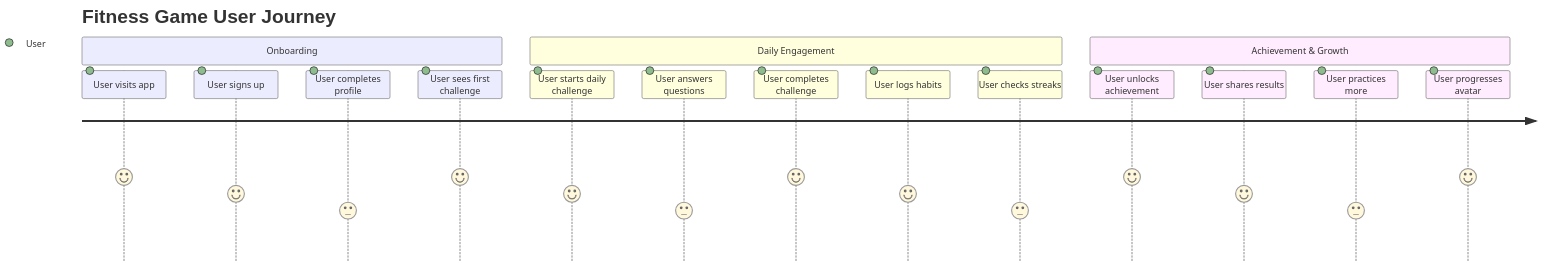
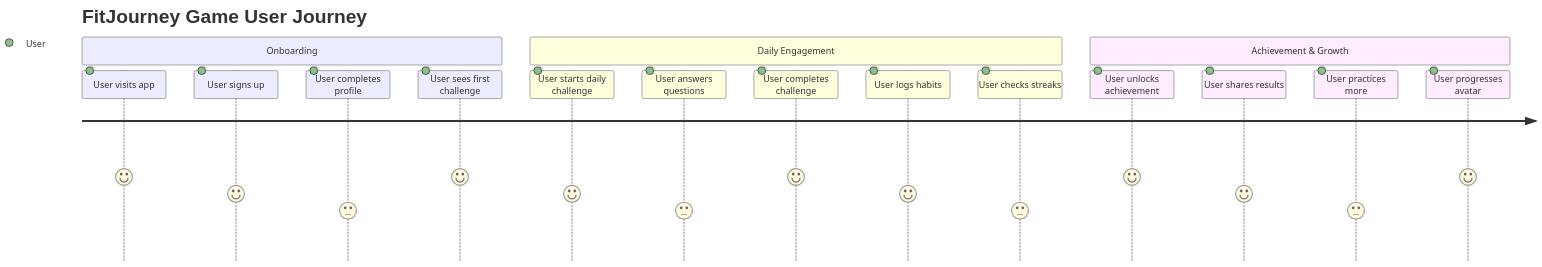
The second of 13 diagrams in game/design/visual-architecture.md (midearth-labs/fit-journey), drawn with Mermaid before and after one commit. The commit also changed other lines of this file and 19 other files, not shown here.

Commit message:
Correcting app-name to FitJourney

````diff
--- a/game/design/visual-architecture.md
+++ b/game/design/visual-architecture.md
@@ -51,20 +51,20 @@
 ```mermaid
 journey
-    title Fitness Game User Journey
+    title FitJourney Game User Journey
     section Onboarding
       User visits app: 5: User
       User signs up: 4: User
       User completes profile: 3: User
       User sees first challenge: 5: User
     section Daily Engagement
       User starts daily challenge: 4: User
       User answers questions: 3: User
       User completes challenge: 5: User
       User logs habits: 4: User
       User checks streaks: 3: User
     section Achievement & Growth
       User unlocks achievement: 5: User
       User shares results: 4: User
       User practices more: 3: User
       User progresses avatar: 5: User
 ```
````
